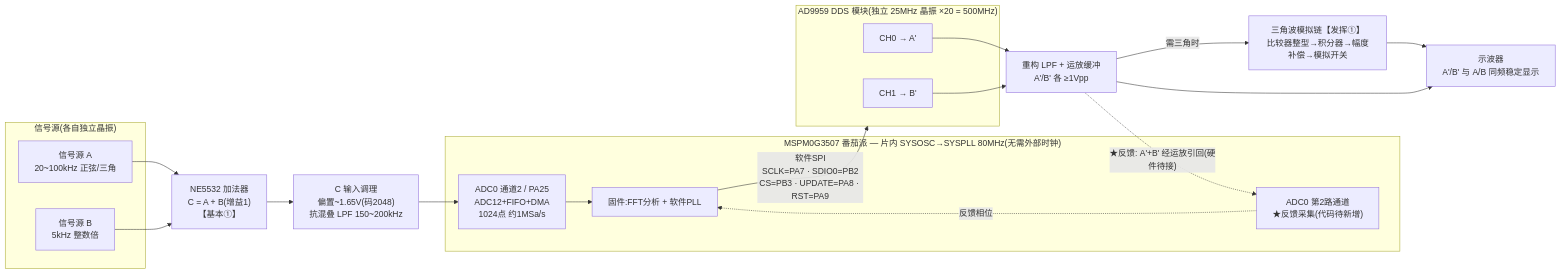
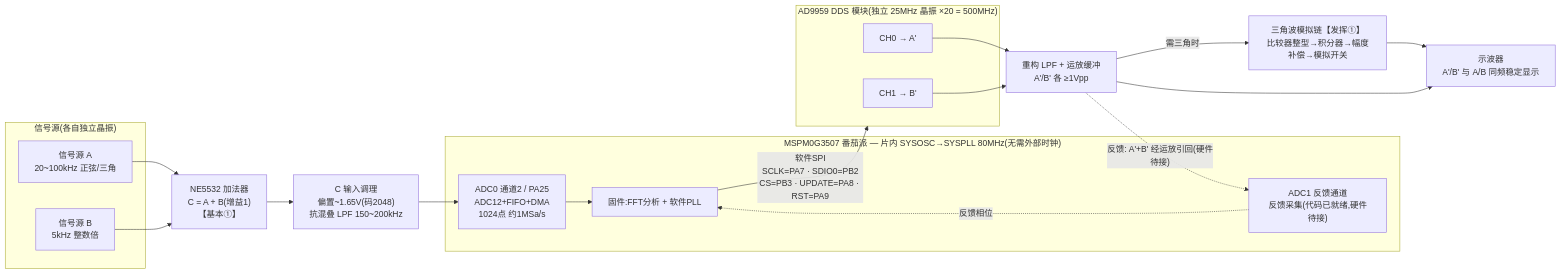
Before and after one commit to liusuan110/2026-Ti: the first of 2 diagrams in 2023-H题-信号分离-番茄派工程/系统框图.md, drawn with Mermaid. The commit also changed other lines of this file and 5 other files, not shown here.

````diff
--- a/2023-H题-信号分离-番茄派工程/系统框图.md
+++ b/2023-H题-信号分离-番茄派工程/系统框图.md
@@ -16,41 +16,41 @@
 ```mermaid
 flowchart LR
   subgraph SRC["信号源(各自独立晶振)"]
     A["信号源 A<br/>20~100kHz 正弦/三角"]
     B["信号源 B<br/>5kHz 整数倍"]
   end
 
   ADD["NE5532 加法器<br/>C = A + B(增益1)<br/>【基本①】"]
   COND["C 输入调理<br/>偏置~1.65V(码2048)<br/>抗混叠 LPF 150~200kHz"]
   A --> ADD
   B --> ADD
   ADD --> COND
 
   subgraph MCU["MSPM0G3507 番茄派 — 片内 SYSOSC→SYSPLL 80MHz(无需外部时钟)"]
     ADC1["ADC0 通道2 / PA25<br/>ADC12+FIFO+DMA<br/>1024点 约1MSa/s"]
     FW["固件:FFT分析 + 软件PLL"]
-    ADC2["ADC0 第2路通道<br/>★反馈采集(代码待新增)"]
+    ADC2["ADC1 反馈通道<br/>反馈采集(代码已就绪,硬件待接)"]
     ADC1 --> FW
     ADC2 -.->|"反馈相位"| FW
   end
   COND --> ADC1
 
   subgraph DDSCHIP["AD9959 DDS 模块(独立 25MHz 晶振 ×20 = 500MHz)"]
     CH0["CH0 → A'"]
     CH1["CH1 → B'"]
   end
   FW -->|"软件SPI<br/>SCLK=PA7 · SDIO0=PB2<br/>CS=PB3 · UPDATE=PA8 · RST=PA9"| DDSCHIP
 
   OUT["重构 LPF + 运放缓冲<br/>A'/B' 各 ≥1Vpp"]
   CH0 --> OUT
   CH1 --> OUT
 
   TRI["三角波模拟链【发挥①】<br/>比较器整型→积分器→幅度补偿→模拟开关"]
   OUT -->|"需三角时"| TRI
 
   SCOPE["示波器<br/>A'/B' 与 A/B 同频稳定显示"]
   OUT --> SCOPE
   TRI --> SCOPE
 
-  OUT -.->|"★反馈: A'+B' 经运放引回(硬件待接)"| ADC2
+  OUT -.->|"反馈: A'+B' 经运放引回(硬件待接)"| ADC2
 ```
````
